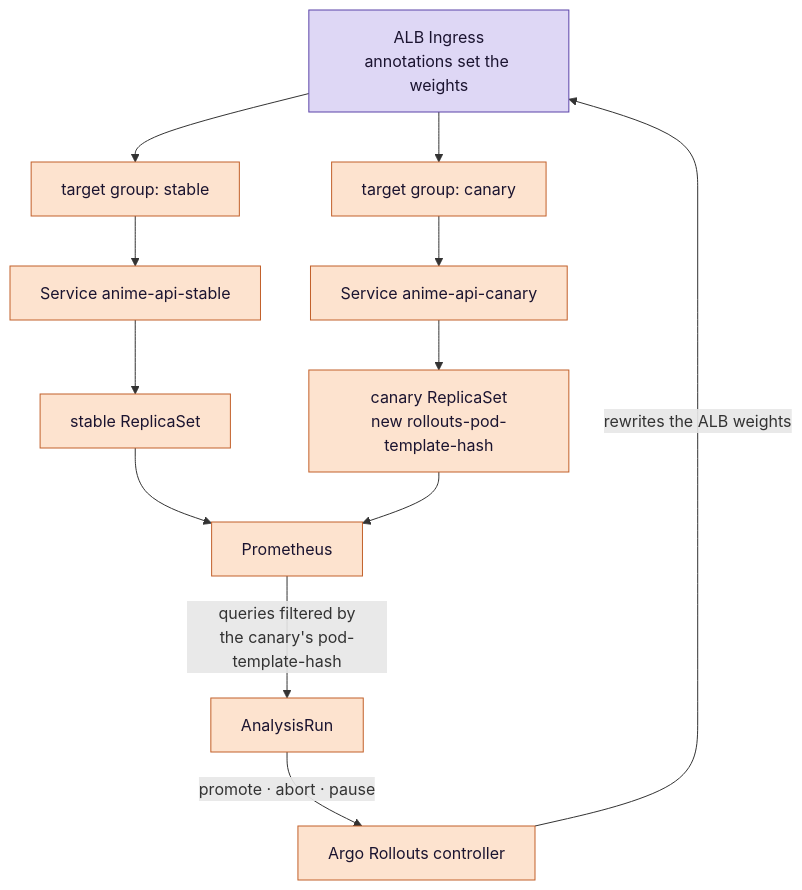
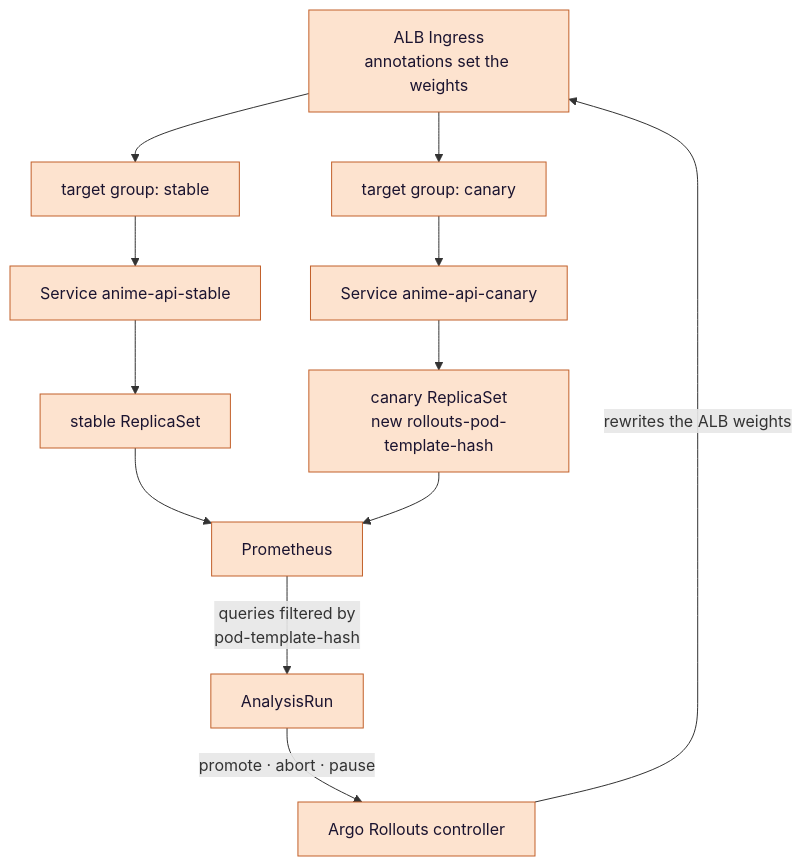
One commit to biabeogo147/Anime-Recommender changed the fifth of 8 diagrams in docs/eks-sre-llmops-design.md. Above: the diagram before and after it, drawn with Mermaid. The commit also changed other lines of this file and 17 other files, not shown here.

````diff
--- a/docs/eks-sre-llmops-design.md
+++ b/docs/eks-sre-llmops-design.md
@@ -491,19 +654,19 @@
 ```mermaid
 flowchart TB
     ALB["ALB Ingress<br/>annotations set the weights"] --> TGS["target group: stable"]
     ALB --> TGC["target group: canary"]
     TGS --> SVCS["Service anime-api-stable"]
     TGC --> SVCC["Service anime-api-canary"]
     SVCS --> PODS["stable ReplicaSet"]
     SVCC --> PODC["canary ReplicaSet<br/>new rollouts-pod-template-hash"]
     PODS --> PROM["Prometheus"]
     PODC --> PROM
-    PROM -->|"queries filtered by<br/>the canary's pod-template-hash"| AR["AnalysisRun"]
+    PROM -->|"queries filtered by<br/>pod-template-hash"| AR["AnalysisRun"]
     AR -->|"promote · abort · pause"| ROLLOUTS["Argo Rollouts controller"]
     ROLLOUTS -->|"rewrites the ALB weights"| ALB
 
     classDef argo fill:#fde3cf,stroke:#c2602a,color:#1b1430;
     classDef tf fill:#ded7f5,stroke:#5b43a8,color:#1b1430;
     class TGS,TGC,SVCS,SVCC,PODS,PODC,PROM,AR,ROLLOUTS argo
-    class ALB tf
+    class ALB argo
 ```
````
